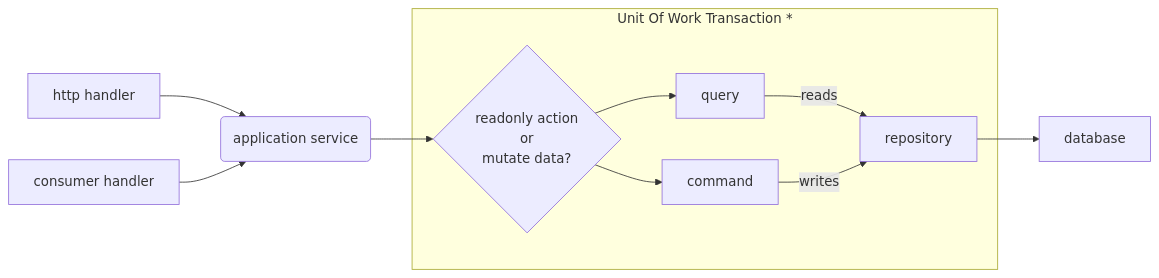
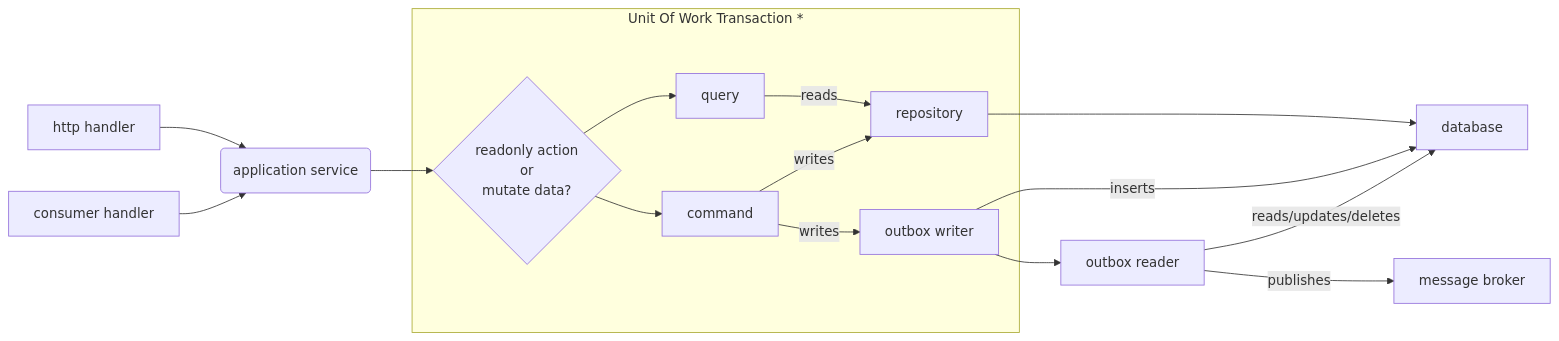
Before and after one commit to samuel-poirier/go-ref: the second of 2 diagrams in README.md, drawn with Mermaid. The commit also changed other lines of this file and 33 other files, not shown here.

Commit message:
Implement outbox pattern Refactore unit of work pattern to signal outbox reader after transaction commit

````diff
--- a/README.md
+++ b/README.md
@@ -37,14 +37,19 @@
 ```mermaid
   flowchart LR
-    A.1[http handler] --> B(application service)
-    A.2[consumer handler] --> B(application service)
-    B --> C{readonly action <br>or <br>mutate data?}
+    httpHandler[http handler] --> applicationService(application service)
+    consumerHandler[consumer handler] --> applicationService(application service)
+    applicationService --> rwDecision{readonly action <br>or <br>mutate data?}
     subgraph uow[Unit Of Work Transaction *]
-        C --> D[query]
-        C --> E[command]
-        D -->|reads| F[repository]
-        E -->|writes| F[repository]
+        rwDecision --> query[query]
+        rwDecision --> command[command]
+        query -->|reads| repo[repository]
+        command -->|writes| repo[repository]
+        command -->|writes| outboxWriter[outbox writer]
     end
-    F --> G[database]
+    repo --> db[database]
+    outboxWriter -->|inserts| db
+    outboxWriter --> outboxReader[outbox reader]
+    outboxReader -->|publishes| messageBroker[message broker]
+    outboxReader -->|reads/updates/deletes| db
 
 ```
````
